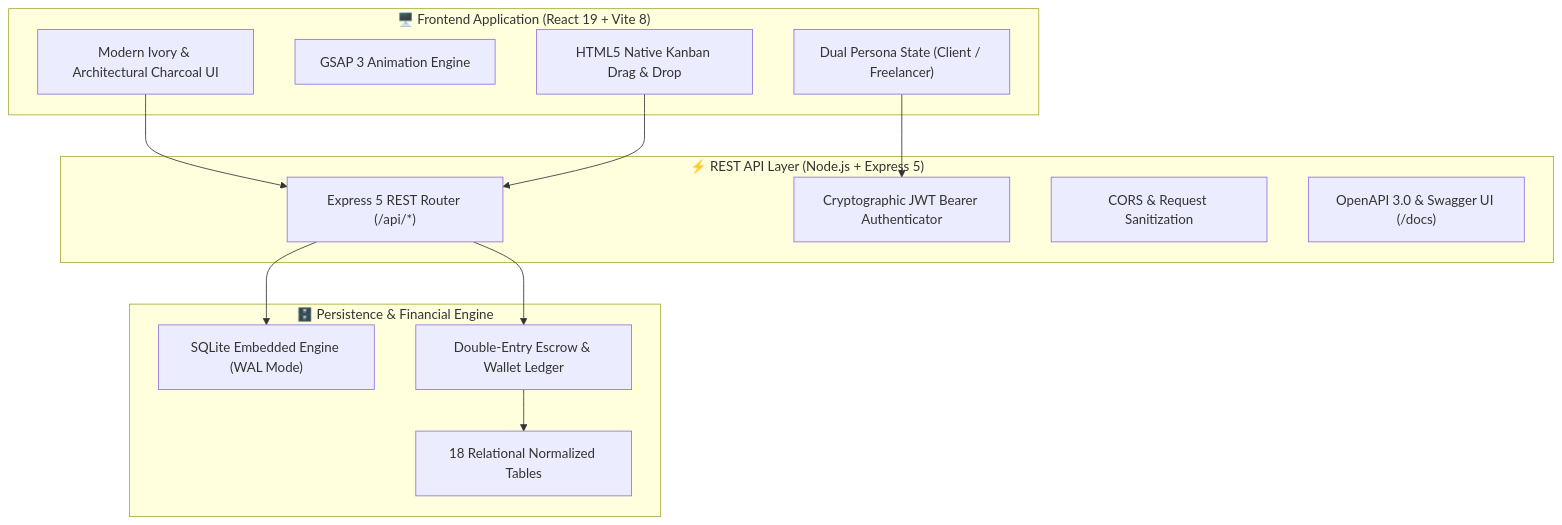
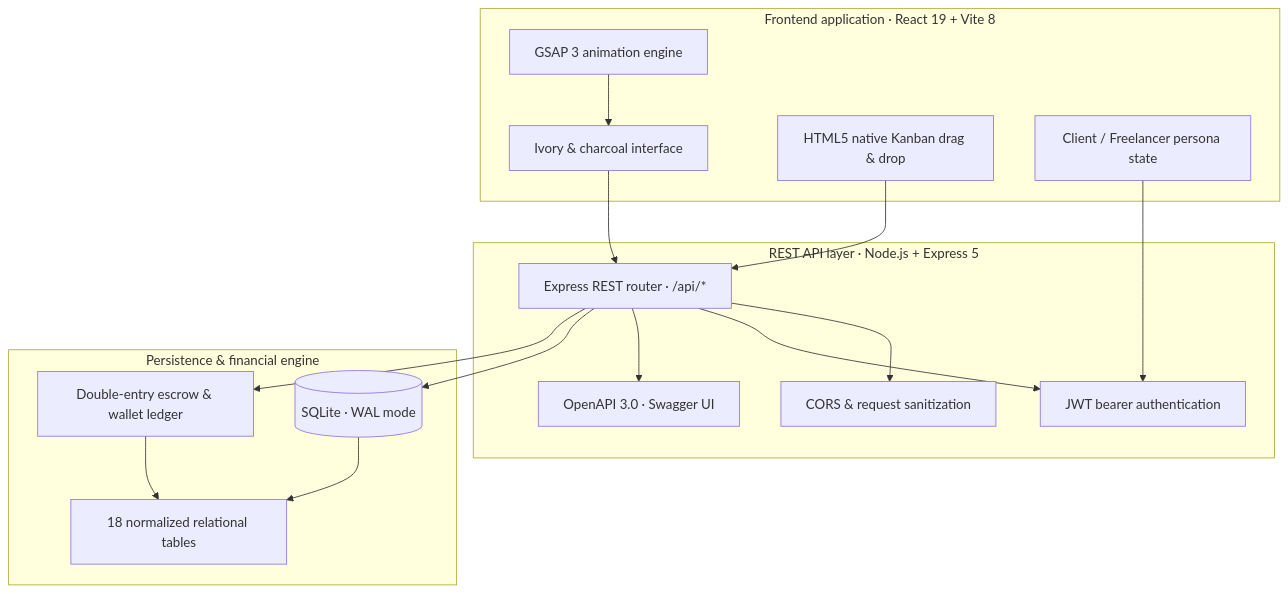
Before and after one commit to rasesh13/freelance-project-axlero: the diagram in README.md, drawn with Mermaid. The commit also changed other lines of this file, not shown here.

````diff
--- a/README.md
+++ b/README.md
@@ -72,29 +226,34 @@
-```mermaid
-graph TD
-    subgraph ClientLayer["🖥️ Frontend Application (React 19 + Vite 8)"]
-        UI["Modern Ivory & Architectural Charcoal UI"]
-        GSAP["GSAP 3 Animation Engine"]
-        DND["HTML5 Native Kanban Drag & Drop"]
-        State["Dual Persona State (Client / Freelancer)"]
+``` mermaid
+flowchart TB
+    subgraph CLIENT["Frontend application · React 19 + Vite 8"]
+        UI["Ivory & charcoal interface"]
+        GSAP["GSAP 3 animation engine"]
+        DND["HTML5 native Kanban drag & drop"]
+        STATE["Client / Freelancer persona state"]
     end
 
-    subgraph APILayer["⚡ REST API Layer (Node.js + Express 5)"]
-        Router["Express 5 REST Router (/api/*)"]
-        JWT["Cryptographic JWT Bearer Authenticator"]
-        CORS["CORS & Request Sanitization"]
-        Docs["OpenAPI 3.0 & Swagger UI (/docs)"]
+    subgraph API["REST API layer · Node.js + Express 5"]
+        ROUTER["Express REST router · /api/*"]
+        AUTH["JWT bearer authentication"]
+        CORS["CORS & request sanitization"]
+        DOCS["OpenAPI 3.0 · Swagger UI"]
     end
 
-    subgraph DataLayer["🗄️ Persistence & Financial Engine"]
-        SQLite["SQLite Embedded Engine (WAL Mode)"]
-        Ledger["Double-Entry Escrow & Wallet Ledger"]
-        Relational["18 Relational Normalized Tables"]
+    subgraph DATA["Persistence & financial engine"]
+        DB[("SQLite · WAL mode")]
+        LEDGER["Double-entry escrow & wallet ledger"]
+        TABLES["18 normalized relational tables"]
     end
 
-    UI --> Router
-    State --> JWT
-    DND --> Router
-    Router --> SQLite
-    Router --> Ledger
-    Ledger --> Relational
+    UI --> ROUTER
+    GSAP --> UI
+    DND --> ROUTER
+    STATE --> AUTH
+    ROUTER --> CORS
+    ROUTER --> AUTH
+    ROUTER --> DOCS
+    ROUTER --> DB
+    ROUTER --> LEDGER
+    LEDGER --> TABLES
+    DB --> TABLES
 ```
````
